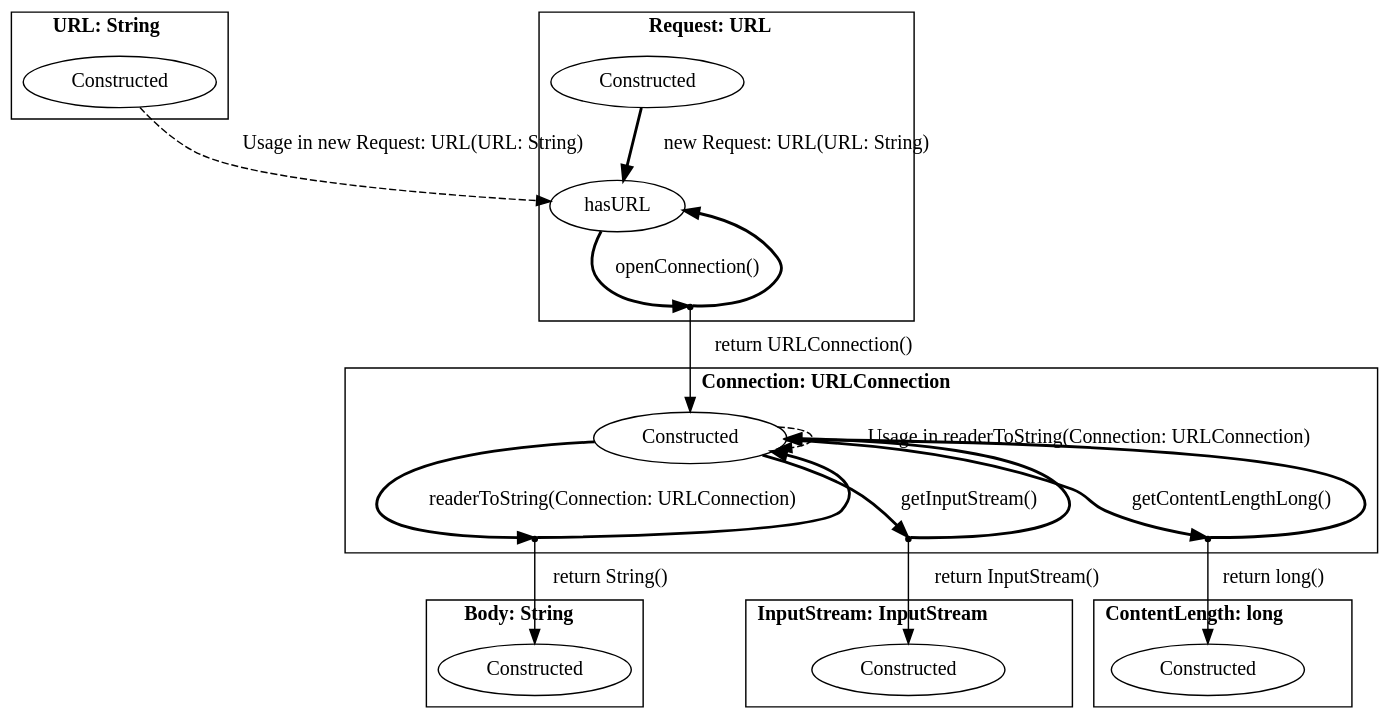
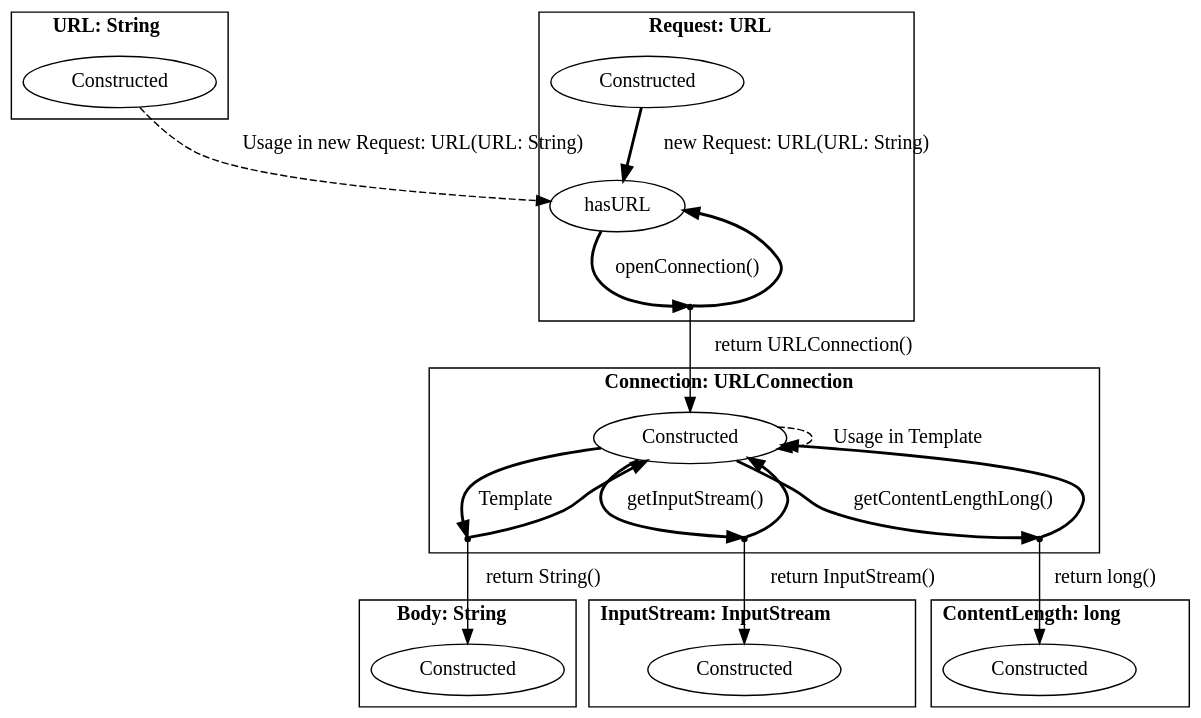
The diagram in pictures/java.dot (h31/LibraryMigration), drawn with Graphviz before and after one commit. The commit also changed 3 other files, not shown here.

```diff
--- a/pictures/java.dot
+++ b/pictures/java.dot
@@ -1,47 +1,47 @@
 digraph G {
     bgcolor="transparent";
     subgraph cluster0 {
     label = <<B>URL: String</B>>;
         Constructed_URL [ label="Constructed" ];
     }
     subgraph cluster1 {
     label = <<B>Request: URL</B>>;
         Constructed_Request [ label="Constructed" ];
         hasURL_Request [ label="hasURL" ];
         virtual0 [ shape = point ];
     }
     subgraph cluster2 {
     label = <<B>Connection: URLConnection</B>>;
         Constructed_Connection [ label="Constructed" ];
         virtual1 [ shape = point ];
         virtual2 [ shape = point ];
         virtual3 [ shape = point ];
     }
     subgraph cluster3 {
     label = <<B>Body: String</B>>;
         Constructed_Body [ label="Constructed" ];
     }
     subgraph cluster4 {
     label = <<B>InputStream: InputStream</B>>;
         Constructed_InputStream [ label="Constructed" ];
     }
     subgraph cluster5 {
     label = <<B>ContentLength: long</B>>;
         Constructed_ContentLength [ label="Constructed" ];
     }
         Constructed_URL -> hasURL_Request [ label="Usage in new Request: URL(URL: String)", style = "dashed"  ];
         Constructed_Request -> hasURL_Request [ label="new Request: URL(URL: String)", style = "bold"  ];
         hasURL_Request -> virtual0 [ style = "bold" label="openConnection()"  ];
         virtual0 -> hasURL_Request [ style = "bold"  ];
         virtual0 -> Constructed_Connection [ label="return URLConnection()"  ];
-        Constructed_Connection -> virtual1 [ style = "bold" label="readerToString(Connection: URLConnection)"  ];
+        Constructed_Connection -> virtual1 [ style = "bold" label="Template"  ];
         virtual1 -> Constructed_Connection [ style = "bold"  ];
         virtual1 -> Constructed_Body [ label="return String()"  ];
-        Constructed_Connection -> Constructed_Connection [ label="Usage in readerToString(Connection: URLConnection)", style = "dashed"  ];
+        Constructed_Connection -> Constructed_Connection [ label="Usage in Template", style = "dashed"  ];
         Constructed_Connection -> virtual2 [ style = "bold" label="getInputStream()"  ];
         virtual2 -> Constructed_Connection [ style = "bold"  ];
         virtual2 -> Constructed_InputStream [ label="return InputStream()"  ];
         Constructed_Connection -> virtual3 [ style = "bold" label="getContentLengthLong()"  ];
         virtual3 -> Constructed_Connection [ style = "bold"  ];
         virtual3 -> Constructed_ContentLength [ label="return long()"  ];
 }
```
